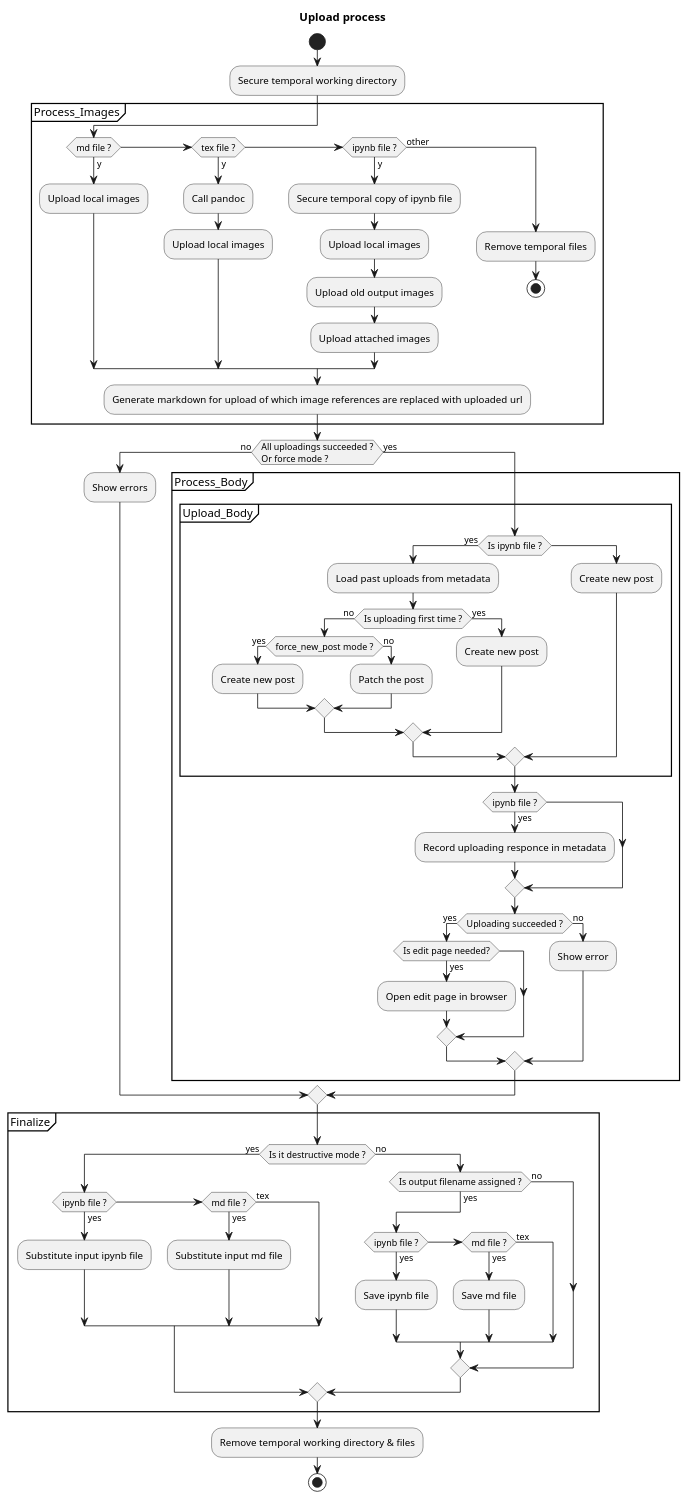
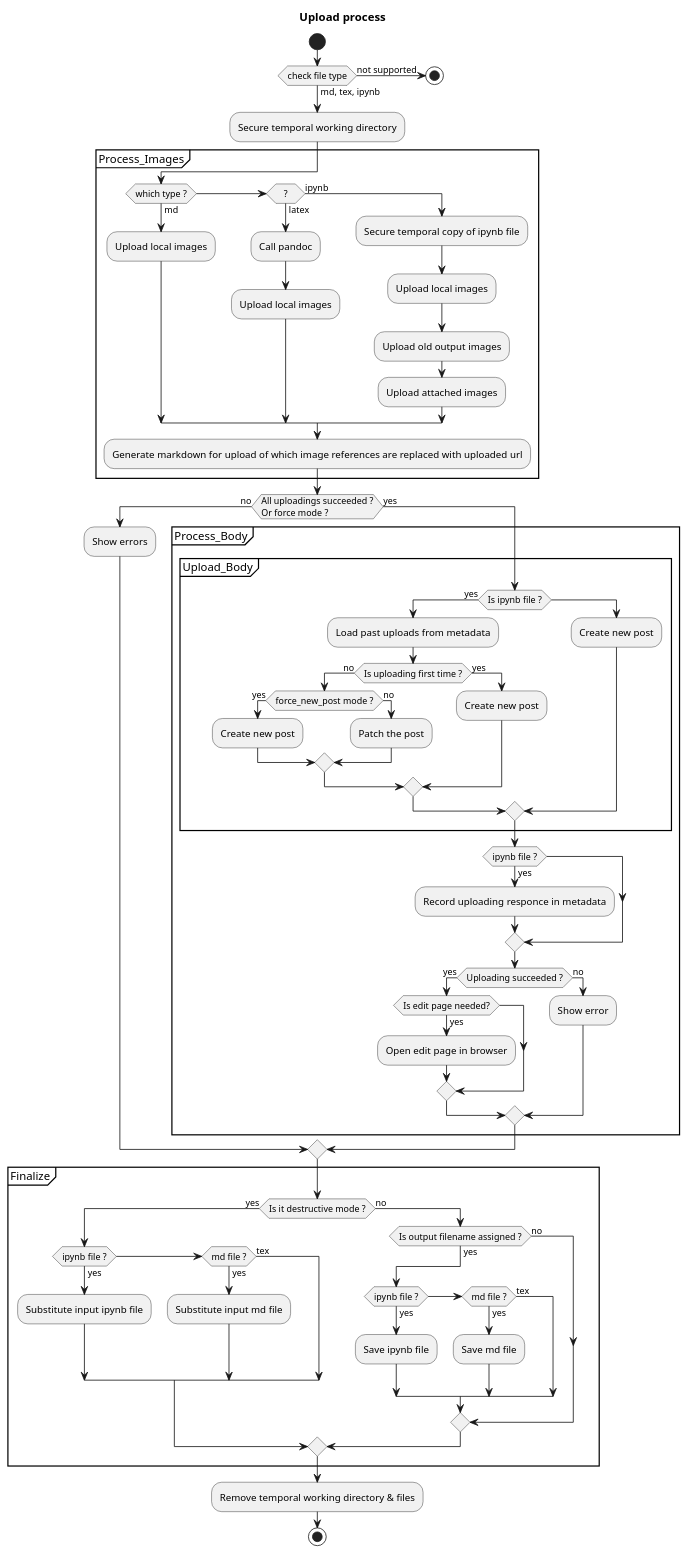
The diagram in study/flowchart_upload.pu (KosukeMizuno/esapy), drawn with PlantUML before and after one commit. The commit also changed 2 other files, not shown here.

Commit message:
flowchart for ipynb

```diff
--- a/study/flowchart_upload.pu
+++ b/study/flowchart_upload.pu
@@ -1,86 +1,89 @@
 @startuml
 title Upload process
 
 start
+
+if (check file type) then (not supported)
+    stop
+else (md, tex, ipynb)
+endif
+
 :Secure temporal working directory;
 
 partition Process_Images {
-    if (md file ?) then (y)
+    if (which type ?) then (md)
         :Upload local images;
-    elseif (tex file ?) then (y)
+    elseif (?) then (latex)
         :Call pandoc;
         :Upload local images;
-    elseif (ipynb file ?) then (y)
+    else (ipynb)
         :Secure temporal copy of ipynb file;
         :Upload local images;
         :Upload old output images;
         :Upload attached images;
-    else (other)
-        :Remove temporal files;
-        stop
     endif
     :Generate markdown for upload of which image references are replaced with uploaded url;
 }
 
 if (All uploadings succeeded ?\nOr force mode ?) then (no)
     :Show errors;
 else (yes)
     partition Process_Body {
         partition Upload_Body {
             if (Is ipynb file ?) then (yes)
                 :Load past uploads from metadata;
                 if (Is uploading first time ?) then (no)
                     if (force_new_post mode ?) then (yes)
                         :Create new post;
                     else (no)
                         :Patch the post;
                     endif
                 else (yes)
                     :Create new post;
                 endif
             else
                 :Create new post;
             endif
         }
 
         if (ipynb file ?) then (yes)
             :Record uploading responce in metadata;
         endif
 
         if (Uploading succeeded ?) then (yes)
             if (Is edit page needed?) then (yes)
                 :Open edit page in browser;
             endif
         else (no) 
             :Show error;
         endif
     }
 endif
 
 partition Finalize {
     if (Is it destructive mode ?) then (yes)
         if (ipynb file ?) then (yes)
             :Substitute input ipynb file;
         elseif (md file ?) then (yes)
             :Substitute input md file;
         else (tex)
         endif
     else (no)
         if (Is output filename assigned ?) then (yes)
             if (ipynb file ?) then (yes)
                 :Save ipynb file;
             elseif (md file ?) then (yes)
                 :Save md file;
             else (tex)
             endif
         else (no)
         endif
     endif
     
 }
 
 :Remove temporal working directory & files;
 
 stop
 
 @enduml
```
